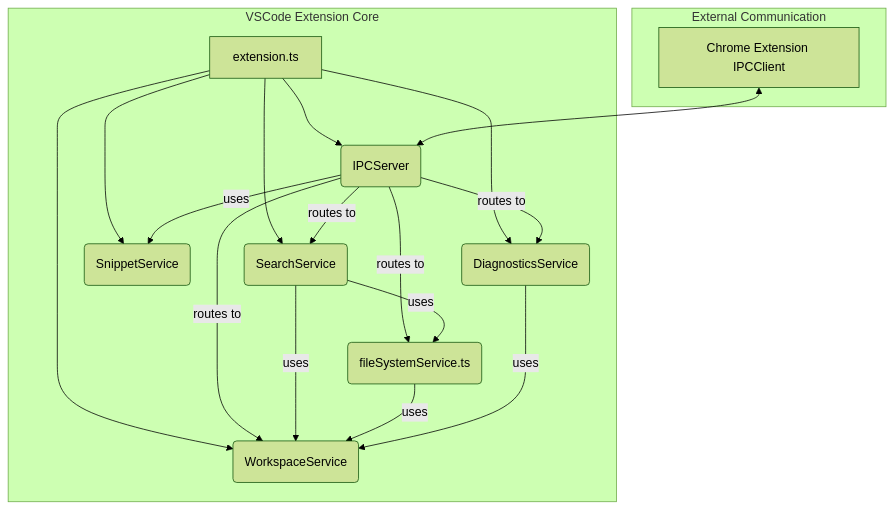
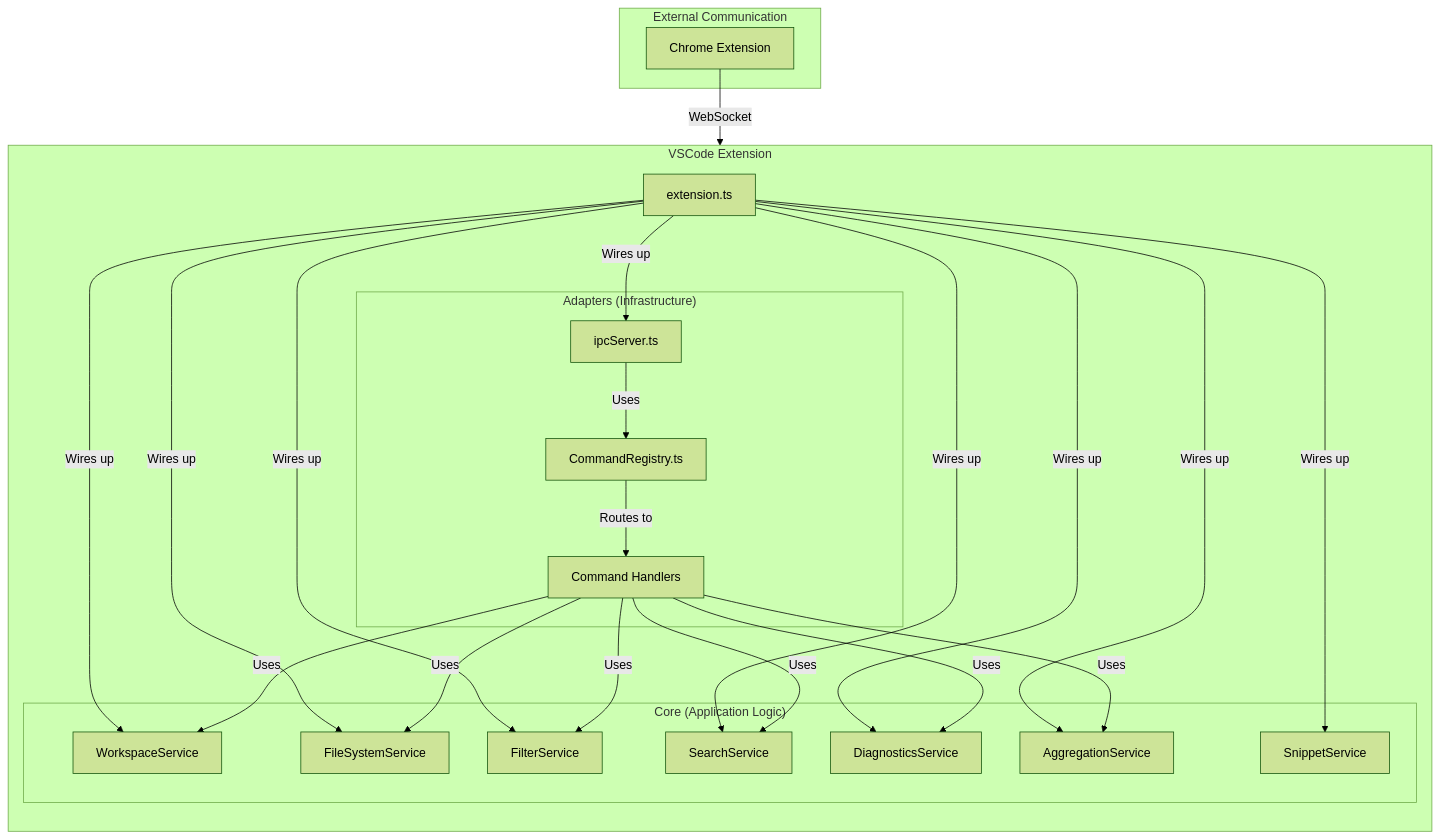
One commit to catorsu/ContextWeaver changed the second of 3 diagrams in docs/ARCHITECTURE.md. Above: the diagram before and after it, drawn with Mermaid (forest theme). The commit also changed other lines of this file and 13 other files, not shown here.

````diff
--- a/docs/ARCHITECTURE.md
+++ b/docs/ARCHITECTURE.md
@@ -79,25 +79,29 @@
 ```mermaid
 graph TD
-    subgraph "VSCode Extension Core"
-        A[extension.ts] --> B(IPCServer)
-        A --> C(SearchService)
-        A --> D(WorkspaceService)
-        A --> E(SnippetService)
-        A --> F(DiagnosticsService)
-
-        B -- routes to --> C
-        B -- routes to --> D
-        B -- routes to --> G(fileSystemService.ts)
-        B -- routes to --> F
-        B -- uses --> E
-
-        C -- uses --> D
-        C -- uses --> G
-        G -- uses --> D
-        F -- uses --> D
+    subgraph "VSCode Extension"
+        direction TB
+        subgraph "Adapters (Infrastructure)"
+            A[ipcServer.ts]
+            B[CommandRegistry.ts]
+            C[Command Handlers]
+        end
+        subgraph "Core (Application Logic)"
+            D[WorkspaceService]
+            E[FileSystemService]
+            F[FilterService]
+            G[SearchService]
+            H[DiagnosticsService]
+            I[AggregationService]
+            J[SnippetService]
+        end
+        K[extension.ts] -- Wires up --> A
+        K -- Wires up --> D & E & F & G & H & I & J
+        A -- Uses --> B
+        B -- Routes to --> C
+        C -- Uses --> D & E & F & G & H & I
     end
 
     subgraph "External Communication"
-        H[Chrome Extension IPCClient] <--> B
+        L[Chrome Extension] -- WebSocket --> A
     end
 ```
````
